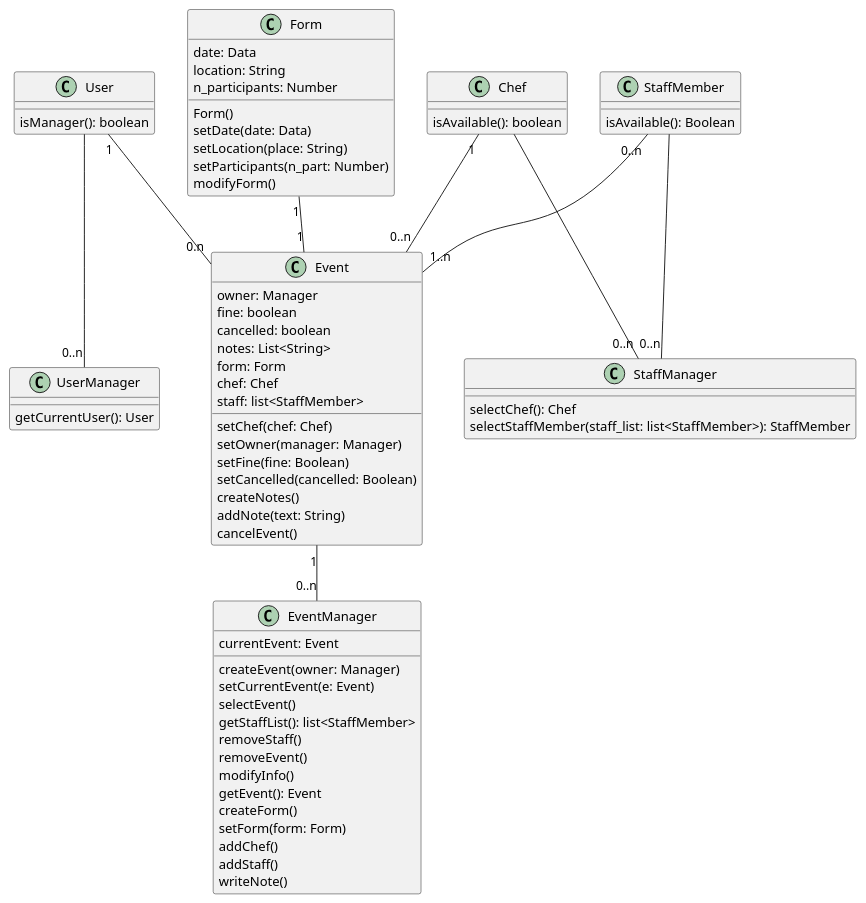
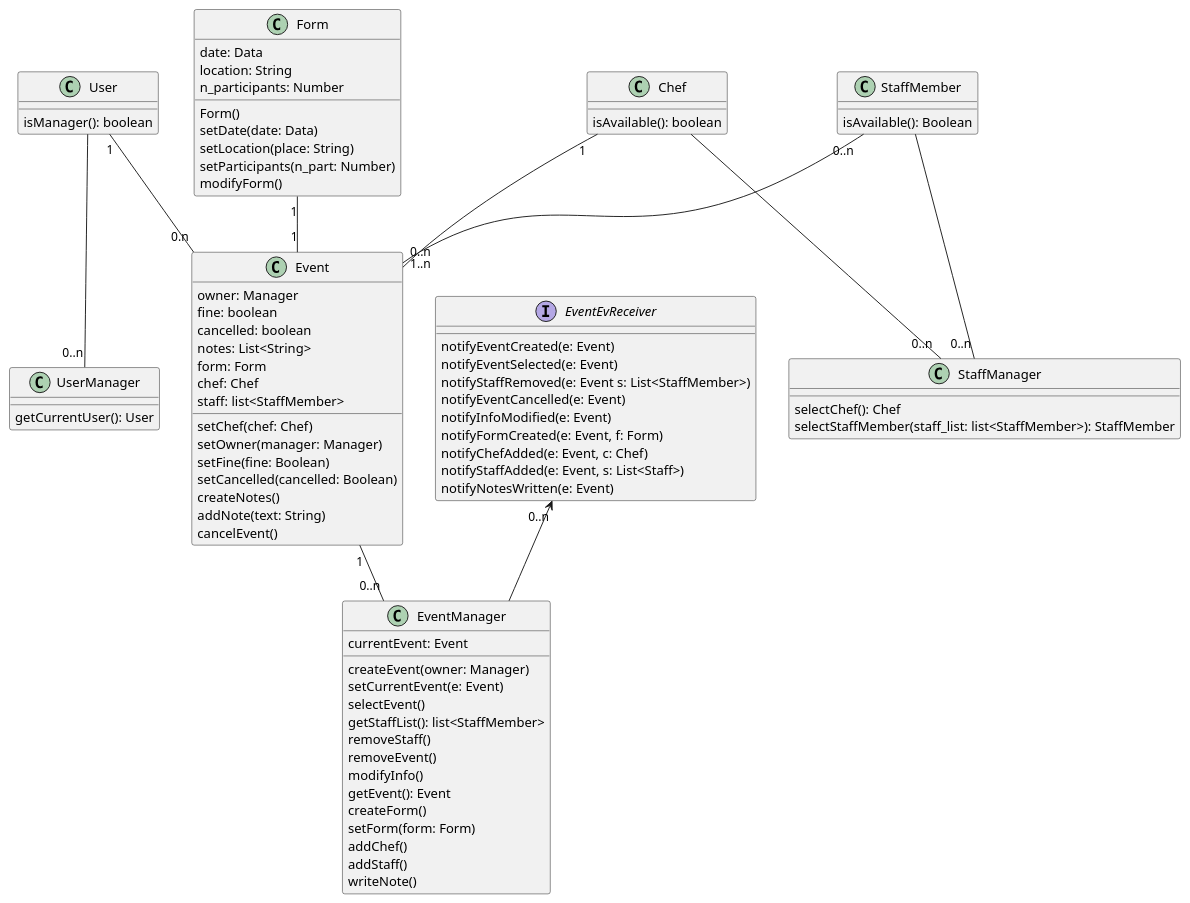
The diagram in dcd/dcd-eventi.md (m0canu1/sas), drawn with PlantUML before and after one commit.

Commit message:
added event receiver for eventi

```diff
--- a/dcd/dcd-eventi.md
+++ b/dcd/dcd-eventi.md
@@ -23,6 +23,18 @@
     createNotes()
     addNote(text: String)
     cancelEvent()
+}
+
+Interface EventEvReceiver{
+    notifyEventCreated(e: Event)
+    notifyEventSelected(e: Event)
+    notifyStaffRemoved(e: Event s: List<StaffMember>)
+    notifyEventCancelled(e: Event)
+    notifyInfoModified(e: Event)
+    notifyFormCreated(e: Event, f: Form)
+    notifyChefAdded(e: Event, c: Chef)
+    notifyStaffAdded(e: Event, s: List<Staff>)
+    notifyNotesWritten(e: Event)
 }
 
 Class EventManager {
@@ -68,7 +80,7 @@
     selectStaffMember(staff_list: list<StaffMember>): StaffMember
 }
 
-
+EventEvReceiver "0..n" <-- EventManager
 
 User "1" -- "0.n" Event
 Event "1" -- "0..n" EventManager
```
